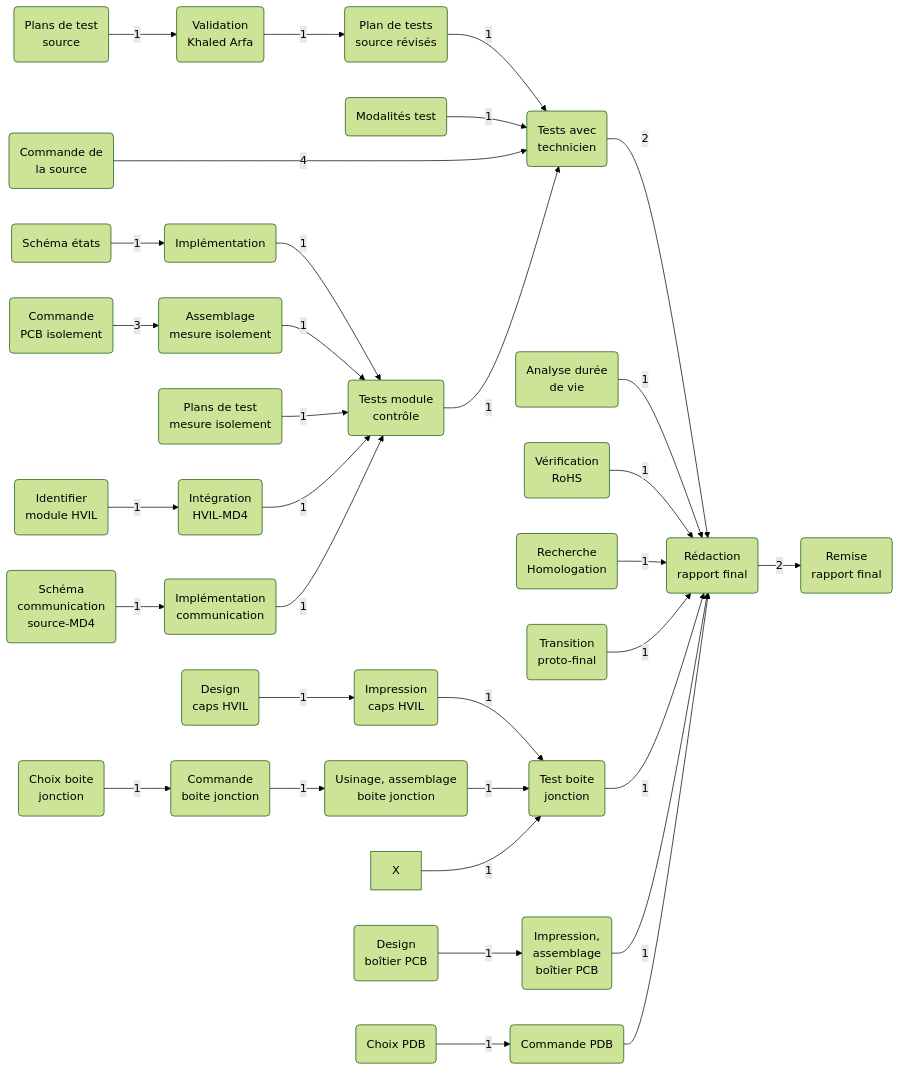
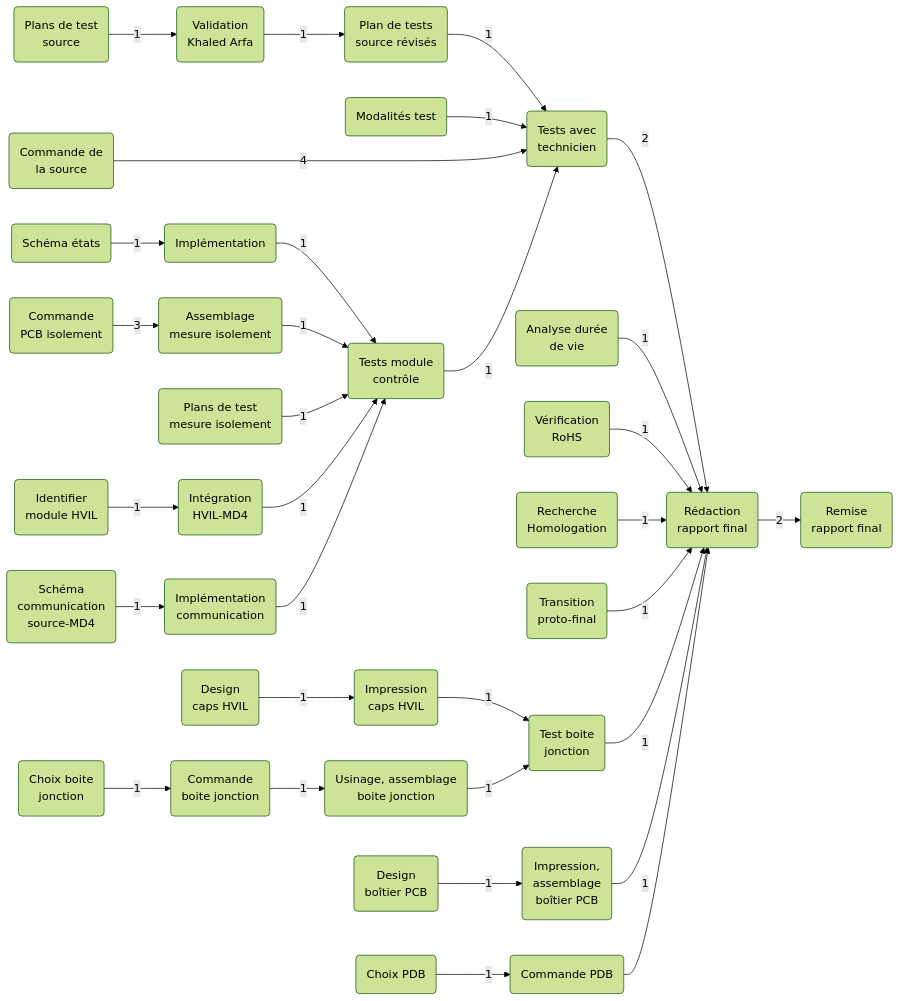
One commit to felax/OUTILLAGE changed the first of 4 diagrams in README.md. Above: the diagram before and after it, drawn with Mermaid (forest theme).

````diff
--- a/README.md
+++ b/README.md
@@ -2,40 +2,39 @@
 ``` mermaid
 graph LR
     A(Plans de test<br>source) --> |1| B(Validation<br>Khaled Arfa)
     B --> |1| C(Plan de tests <br>source révisés)
     C --> |1| D(Tests avec<br>technicien)
     E(Modalités test) --> |1| D
     F(Commande de <br>la source) ----> |4| D
     D --> |2| G
 
     H(Analyse durée<br>de vie) --> |1| G(Rédaction <br> rapport final)
     I(Vérification<br>RoHS) --> |1| G
     J(Recherche <br> Homologation) --> |1| G
     K(Transition <br> proto-final) --> |1| G
 
     L(Schéma états) --> |1| M(Implémentation)
     M --> |1| N(Tests module <br> contrôle)
     N --> |1| D
     g(Commande <br> PCB isolement) -->|3| O
     O(Assemblage <br> mesure isolement) --> |1| N
     P(Plans de test <br> mesure isolement) --> |1| N
     Q(Identifier <br> module HVIL) --> |1| R(Intégration <br> HVIL-MD4)
     R --> |1| N
     S(Schéma <br> communication <br> source-MD4) --> |1| T(Implémentation <br> communication)
     T --> |1| N
 
     U(Design <br> caps HVIL) --> |1| V(Impression <br> caps HVIL)
     V --> |1| Y(Test boite <br> jonction)
     W(Usinage, assemblage <br> boite jonction) --> |1| Y
     e(Choix boite <br>jonction) --> |1| f(Commande <br> boite jonction)
     f --> |1| W
-    X --> |1| Y
     Y --> |1| G
 
     Z(Design <br> boîtier PCB) --> |1| a(Impression, <br> assemblage <br> boîtier PCB)
     a --> |1| G
     b(Choix PDB) --> |1| c(Commande PDB)
     c --> G
 
     G --> |2| d(Remise <br> rapport final)
 ```
````
